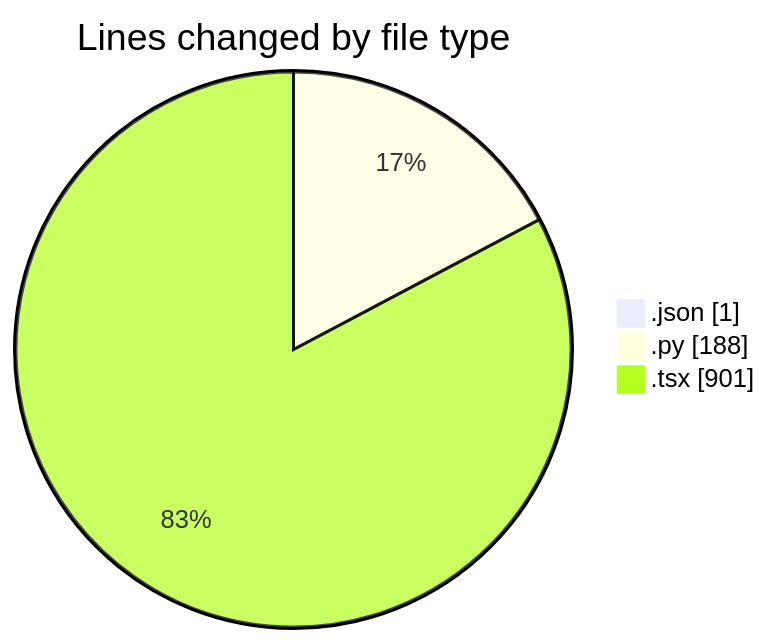
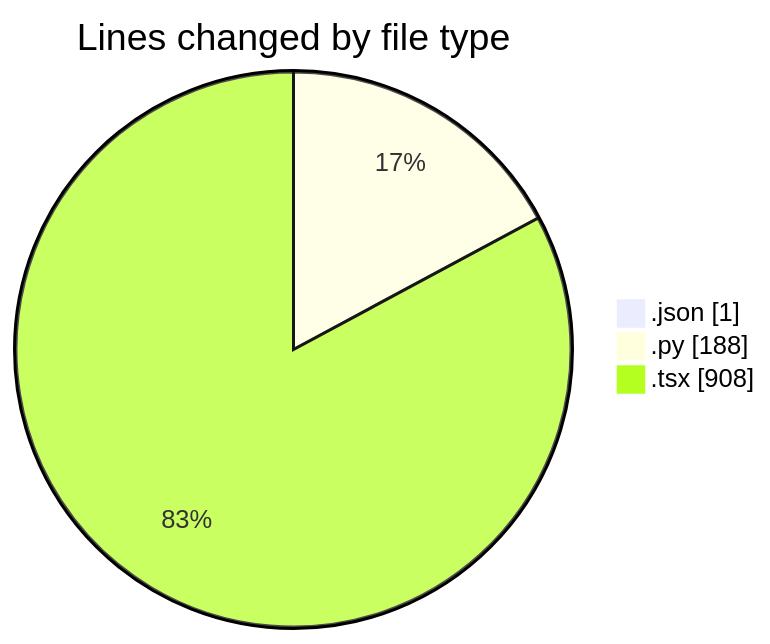
Before and after one commit to julien-gomy/code-tracking: the first of 2 diagrams in 2025-10-06/eventscop-frontend-guide__workspace_/README.md, drawn with Mermaid. The commit also changed other lines of this file and 1 other file, not shown here.

````diff
--- a/2025-10-06/eventscop-frontend-guide__workspace_/README.md
+++ b/2025-10-06/eventscop-frontend-guide__workspace_/README.md
@@ -24,7 +24,7 @@
 ```mermaid
 pie showData
 title Lines changed by file type
 ".json" : 1
 ".py" : 188
-".tsx" : 901
+".tsx" : 908
 ```
````
